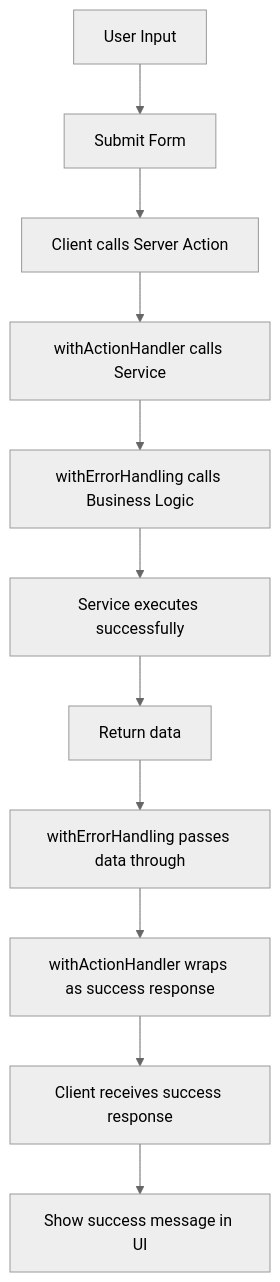
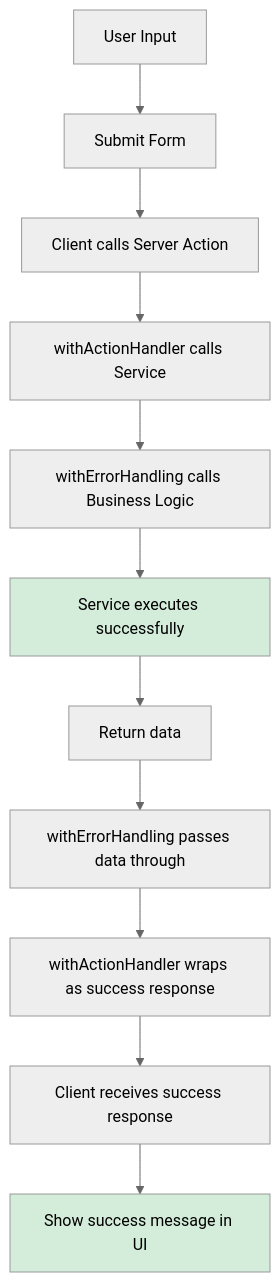
One commit to morsechimwai/nextjs-error-system-boilerplate changed the third of 4 diagrams in README.md. Above: the diagram before and after it, drawn with Mermaid (neutral theme). The commit also changed other lines of this file, not shown here.

Commit message:
docs: Add sequence and process flow diagrams for success and error handling in README

````diff
--- a/README.md
+++ b/README.md
@@ -342,13 +393,16 @@
 ```mermaid
 graph TD
     A[User Input] --> B[Submit Form]
     B --> C[Client calls Server Action]
     C --> D[withActionHandler calls Service]
     D --> E[withErrorHandling calls Business Logic]
     E --> F[Service executes successfully]
     F --> G[Return data]
     G --> H[withErrorHandling passes data through]
     H --> I[withActionHandler wraps as success response]
     I --> J[Client receives success response]
     J --> K[Show success message in UI]
+
+    style F fill:#d4edda
+    style K fill:#d4edda
 ```
````
